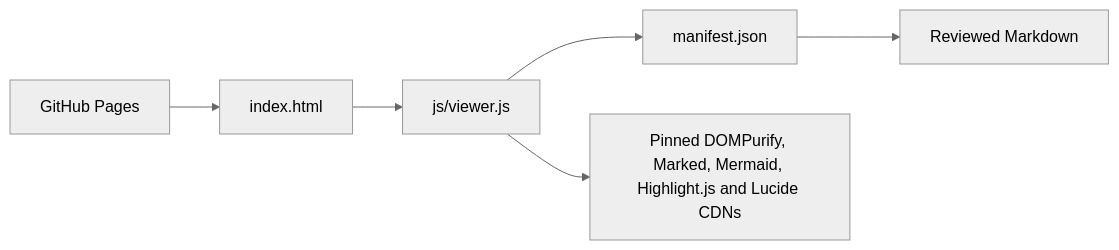
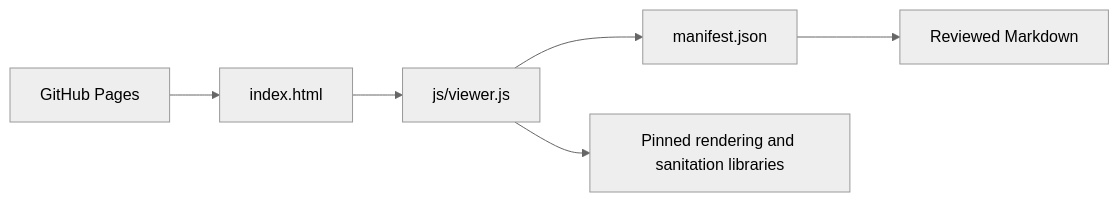
Before and after one commit to nayan-m15/SDP-Project-Documentation: the second of 2 diagrams in docs/Architecture/tech-stack/architecture-overview.md, drawn with Mermaid (neutral theme). The commit also changed other lines of this file and 22 other files, not shown here.

First line of the commit message:
Rework architecture docs for current source

````diff
--- a/docs/Architecture/tech-stack/architecture-overview.md
+++ b/docs/Architecture/tech-stack/architecture-overview.md
@@ -54,8 +51,8 @@
 ```mermaid
 flowchart LR
-  P[GitHub Pages] --> I[index.html]
-  I --> J[js/viewer.js]
-  J --> M[manifest.json]
-  M --> D[Reviewed Markdown]
-  J --> C[Pinned DOMPurify, Marked, Mermaid, Highlight.js and Lucide CDNs]
+  Pages[GitHub Pages] --> HTML[index.html]
+  HTML --> Viewer[js/viewer.js]
+  Viewer --> Manifest[manifest.json]
+  Manifest --> Docs[Reviewed Markdown]
+  Viewer --> CDN[Pinned rendering and sanitation libraries]
 ```
````
